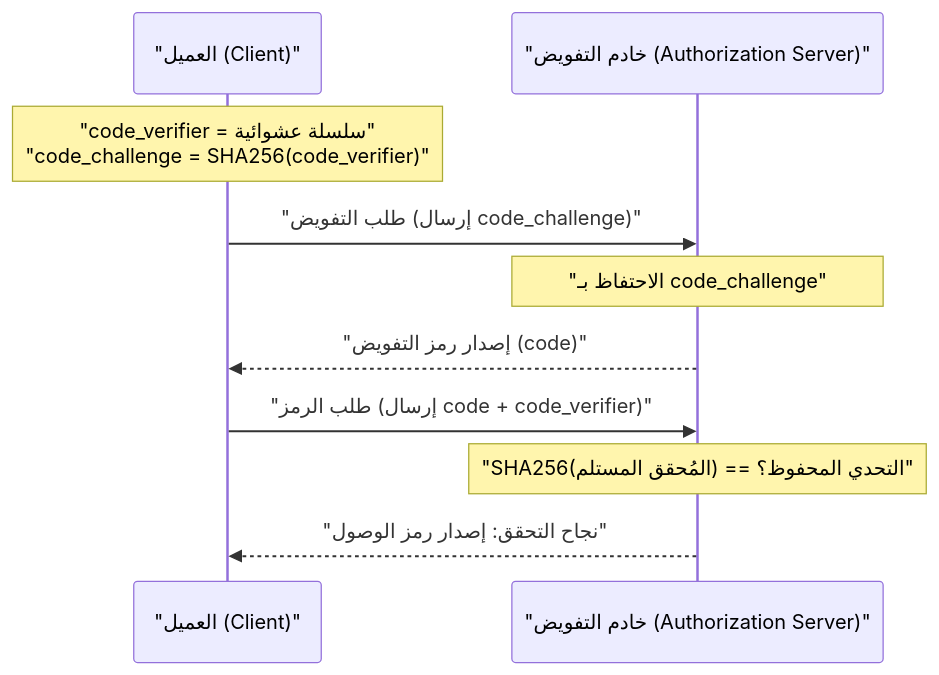
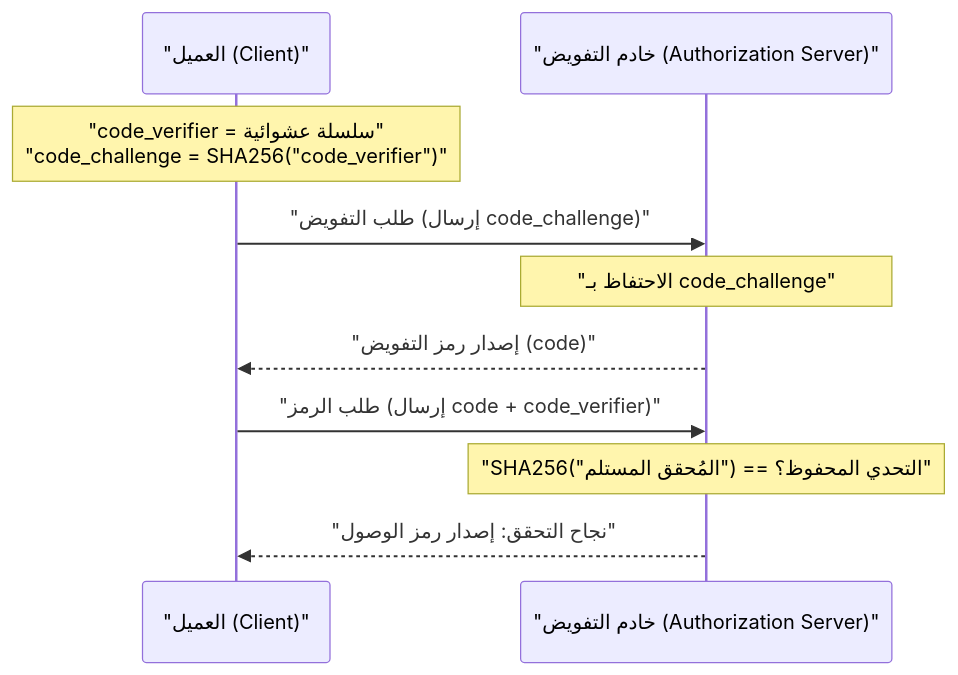
The third of 3 diagrams in content/post/oauth2_slack_app/index.ar.md (kenjinote/blog), drawn with Mermaid before and after one commit. The commit also changed 929 other files, not shown here.

Commit message:
fix: Add double quotes to all Mermaid node texts to resolve syntax errors

````diff
--- a/content/post/oauth2_slack_app/index.ar.md
+++ b/content/post/oauth2_slack_app/index.ar.md
@@ -329,14 +329,14 @@
 ```mermaid
 sequenceDiagram
     participant C as "العميل (Client)"
     participant AS as "خادم التفويض (Authorization Server)"
     
-    Note over C: "code_verifier = سلسلة عشوائية"<br/>"code_challenge = SHA256(code_verifier)"
+    Note over C: "code_verifier = سلسلة عشوائية"<br/>"code_challenge = SHA256("code_verifier")"
     C->>AS: "طلب التفويض (إرسال code_challenge)"
     Note over AS: "الاحتفاظ بـ code_challenge"
     AS-->>C: "إصدار رمز التفويض (code)"
     
     C->>AS: "طلب الرمز (إرسال code + code_verifier)"
-    Note over AS: "SHA256(المُحقق المستلم) == التحدي المحفوظ؟"
+    Note over AS: "SHA256("المُحقق المستلم") == التحدي المحفوظ؟"
     AS-->>C: "نجاح التحقق: إصدار رمز الوصول"
 ```
````
